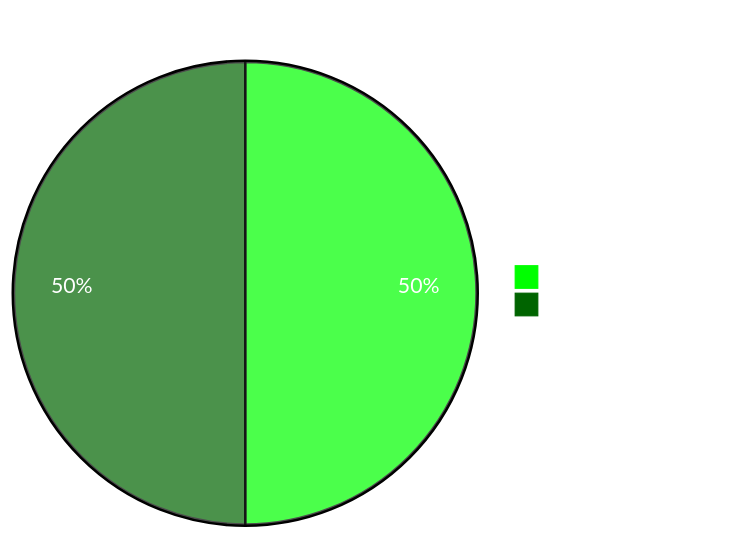
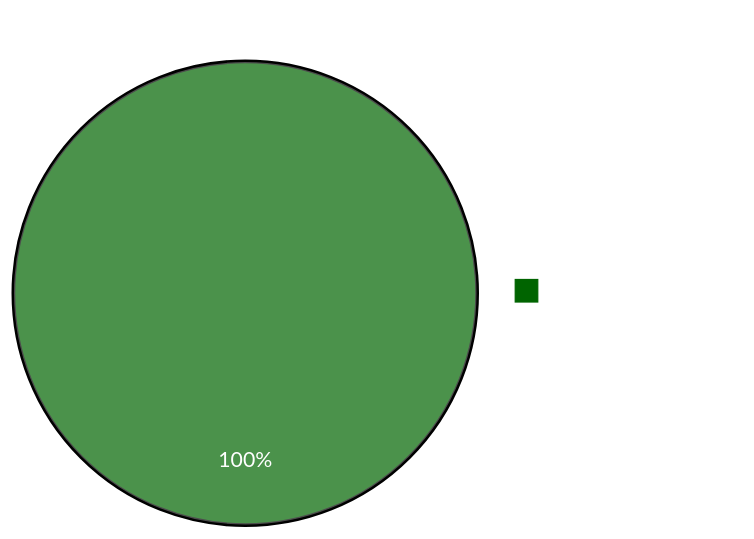
Before and after one commit to desenvolvimento03onnet/crm_comissoes_api: the fourth of 4 diagrams in README.md, drawn with Mermaid. The commit also changed other lines of this file, not shown here.

````diff
--- a/README.md
+++ b/README.md
@@ -73,15 +99,13 @@
 ```mermaid
     %%{
       init: {
         'theme': 'base',
         'themeVariables': {
-          'pie1': '#00FF00',
-          'pie2': '#006400',
+          'pie1': '#006400',
           'primaryTextColor': '#FFFFFF'
         }
       }
     }%%
-    pie title Documentação - MK
-    "Concluído" : 50
-    "Em Desenvolvimento" : 50
+    pie title Documentação - Local
+    "Em Desenvolvimento" : 100
 ```
````
